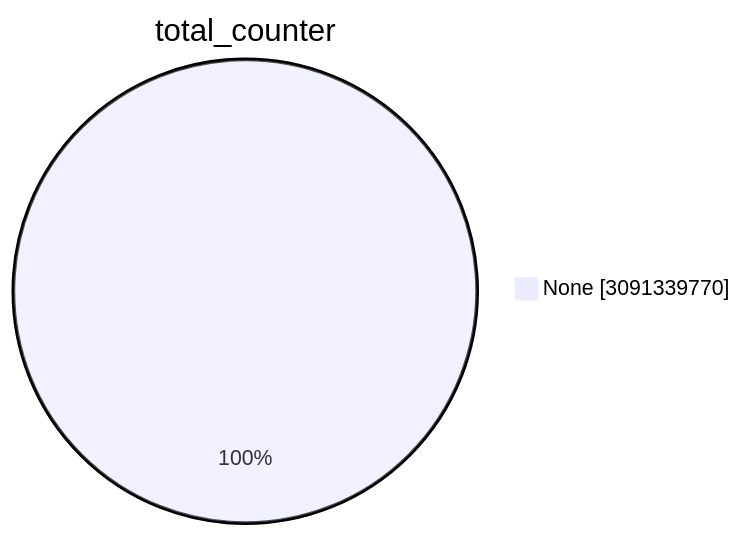
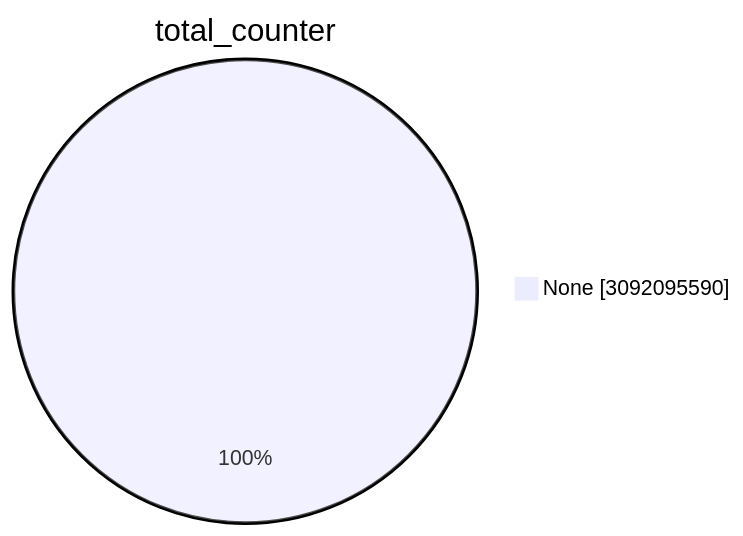
Before and after one commit to christiankrug/ctmonitor_visualization: the first of 15 diagrams in TOTAL/README.md, drawn with Mermaid. The commit also changed other lines of this file, not shown here.

````diff
--- a/TOTAL/README.md
+++ b/TOTAL/README.md
@@ -1,5 +1,5 @@
 ```mermaid
 pie showData
 title total_counter
-"None" :3091339770
+"None" :3092095590
 ```
````
